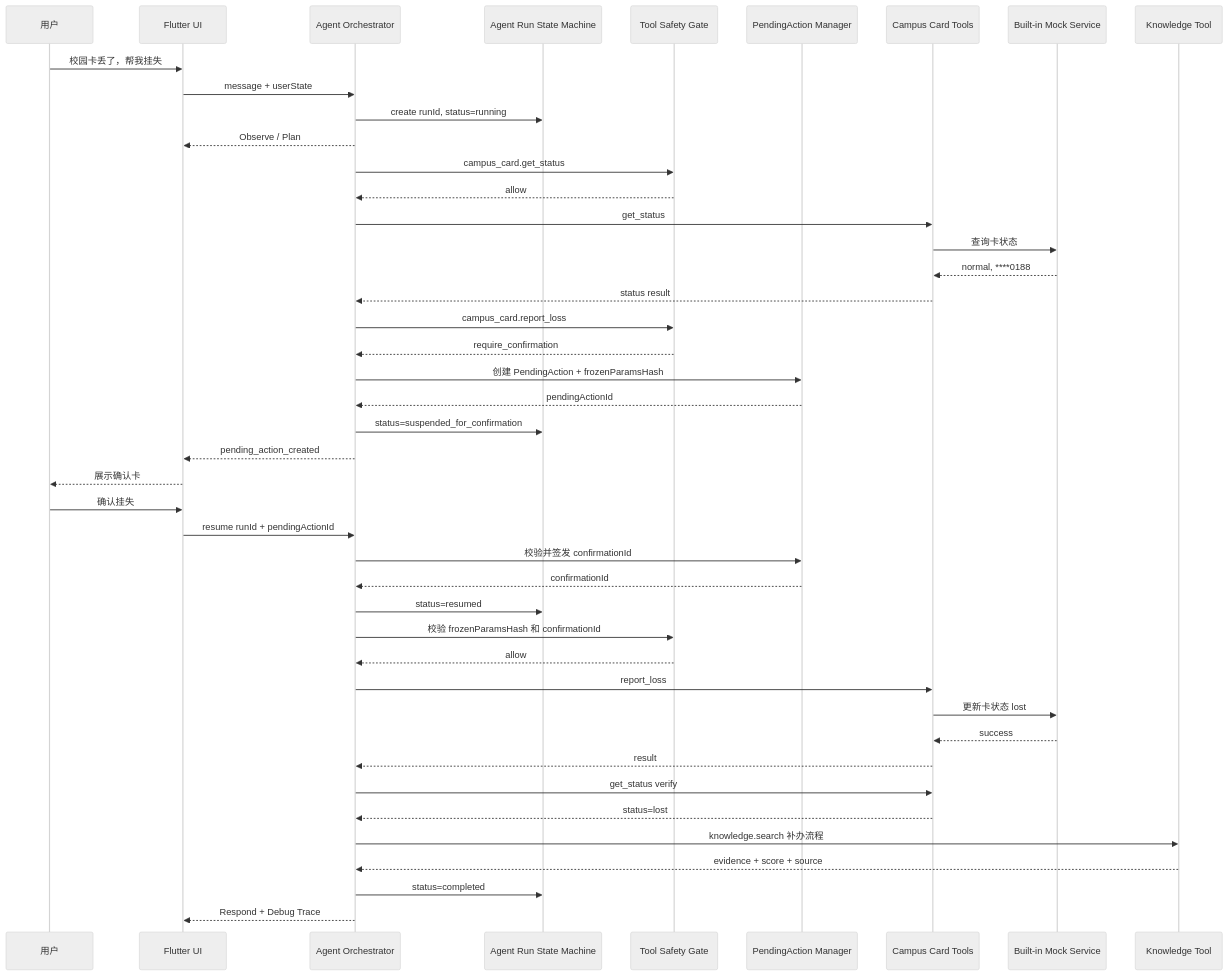
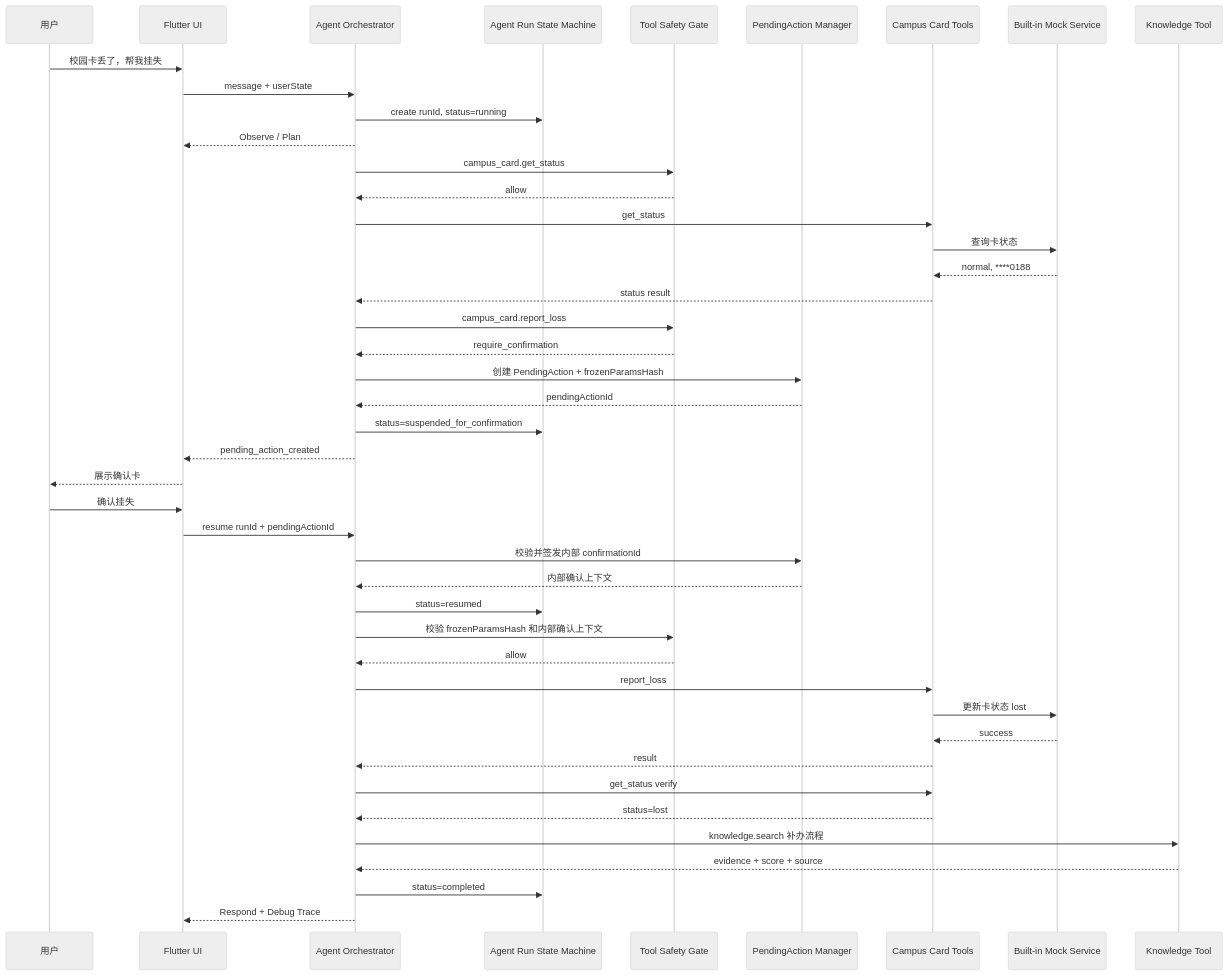
The third of 3 diagrams in docs/系统架构设计.md (sotice/campus--agent), drawn with Mermaid (neutral theme) before and after one commit. The commit also changed other lines of this file and 7 other files, not shown here.

````diff
--- a/docs/系统架构设计.md
+++ b/docs/系统架构设计.md
@@ -261,50 +261,50 @@
 ```mermaid
 sequenceDiagram
     participant User as 用户
     participant UI as Flutter UI
     participant Agent as Agent Orchestrator
     participant Run as Agent Run State Machine
     participant Gate as Tool Safety Gate
     participant PA as PendingAction Manager
     participant Tool as Campus Card Tools
     participant Data as Built-in Mock Service
     participant KB as Knowledge Tool
 
     User->>UI: 校园卡丢了，帮我挂失
     UI->>Agent: message + userState
     Agent->>Run: create runId, status=running
     Agent-->>UI: Observe / Plan
     Agent->>Gate: campus_card.get_status
     Gate-->>Agent: allow
     Agent->>Tool: get_status
     Tool->>Data: 查询卡状态
     Data-->>Tool: normal, ****0188
     Tool-->>Agent: status result
 
     Agent->>Gate: campus_card.report_loss
     Gate-->>Agent: require_confirmation
     Agent->>PA: 创建 PendingAction + frozenParamsHash
     PA-->>Agent: pendingActionId
     Agent->>Run: status=suspended_for_confirmation
     Agent-->>UI: pending_action_created
     UI-->>User: 展示确认卡
 
     User->>UI: 确认挂失
     UI->>Agent: resume runId + pendingActionId
-    Agent->>PA: 校验并签发 confirmationId
-    PA-->>Agent: confirmationId
+    Agent->>PA: 校验并签发内部 confirmationId
+    PA-->>Agent: 内部确认上下文
     Agent->>Run: status=resumed
-    Agent->>Gate: 校验 frozenParamsHash 和 confirmationId
+    Agent->>Gate: 校验 frozenParamsHash 和内部确认上下文
     Gate-->>Agent: allow
     Agent->>Tool: report_loss
     Tool->>Data: 更新卡状态 lost
     Data-->>Tool: success
     Tool-->>Agent: result
 
     Agent->>Tool: get_status verify
     Tool-->>Agent: status=lost
     Agent->>KB: knowledge.search 补办流程
     KB-->>Agent: evidence + score + source
     Agent->>Run: status=completed
     Agent-->>UI: Respond + Debug Trace
 ```
````
